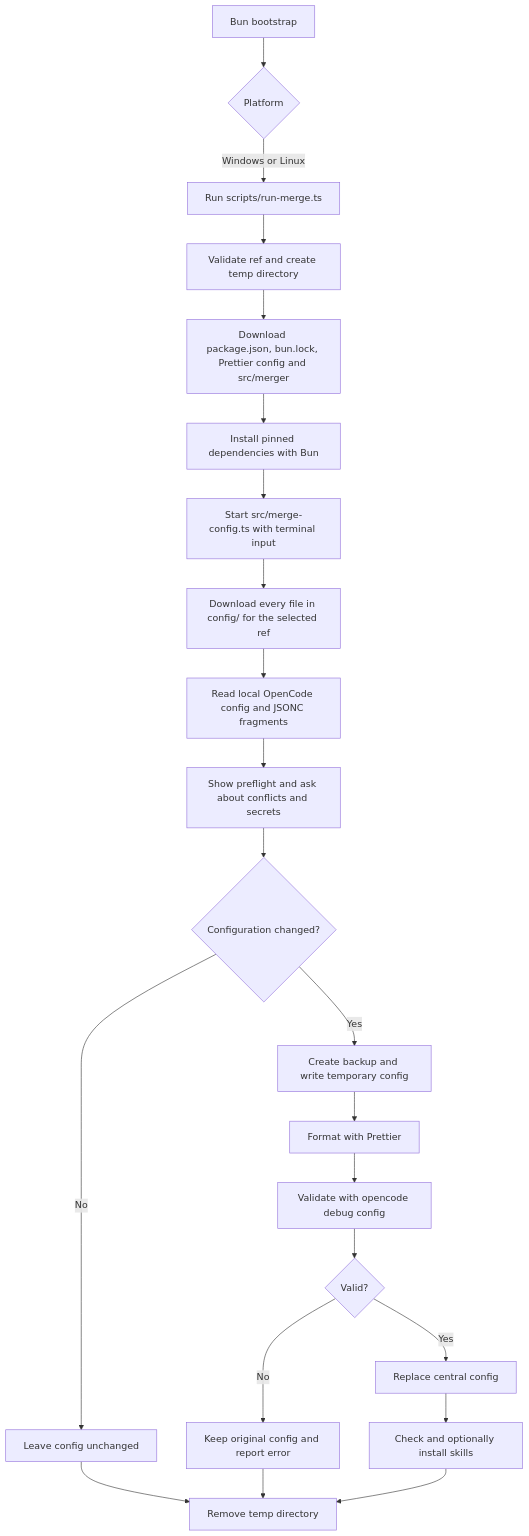
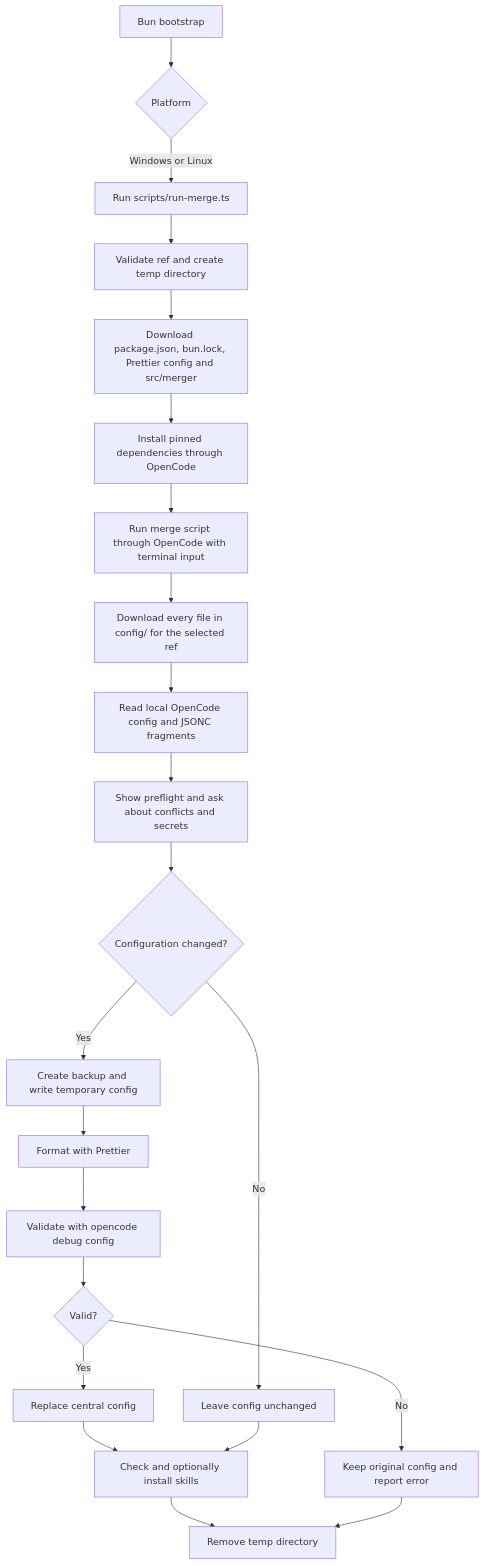
Before and after one commit to KeesCBakker/keestalkstech-code-gallery: the diagram in 15.opencode/README.md, drawn with Mermaid. The commit also changed other lines of this file and 5 other files, not shown here.

````diff
--- a/15.opencode/README.md
+++ b/15.opencode/README.md
@@ -64,24 +75,24 @@
 ```mermaid
 flowchart TD
     A[Bun bootstrap] --> B{Platform}
     B -->|Windows or Linux| C[Run scripts/run-merge.ts]
     C --> D[Validate ref and create temp directory]
     D --> E[Download package.json, bun.lock, Prettier config and src/merger]
-    E --> F[Install pinned dependencies with Bun]
-    F --> G[Start src/merge-config.ts with terminal input]
+    E --> F[Install pinned dependencies through OpenCode]
+    F --> G[Run merge script through OpenCode with terminal input]
     G --> H[Download every file in config/ for the selected ref]
     H --> I[Read local OpenCode config and JSONC fragments]
     I --> J[Show preflight and ask about conflicts and secrets]
     J --> K{Configuration changed?}
     K -->|No| L[Leave config unchanged]
     K -->|Yes| M[Create backup and write temporary config]
     M --> N[Format with Prettier]
     N --> O[Validate with opencode debug config]
     O --> P{Valid?}
     P -->|No| Q[Keep original config and report error]
     P -->|Yes| R[Replace central config]
     R --> S[Check and optionally install skills]
-    L --> T[Remove temp directory]
+    L --> S
+    S --> T[Remove temp directory]
     Q --> T
-    S --> T
 ```
````
